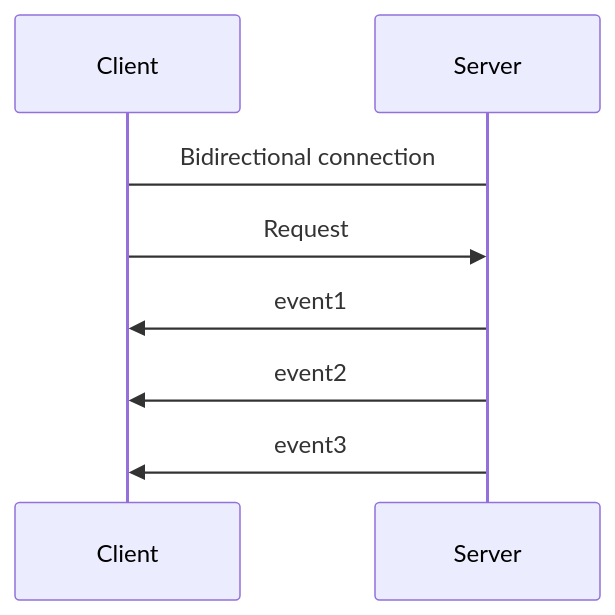
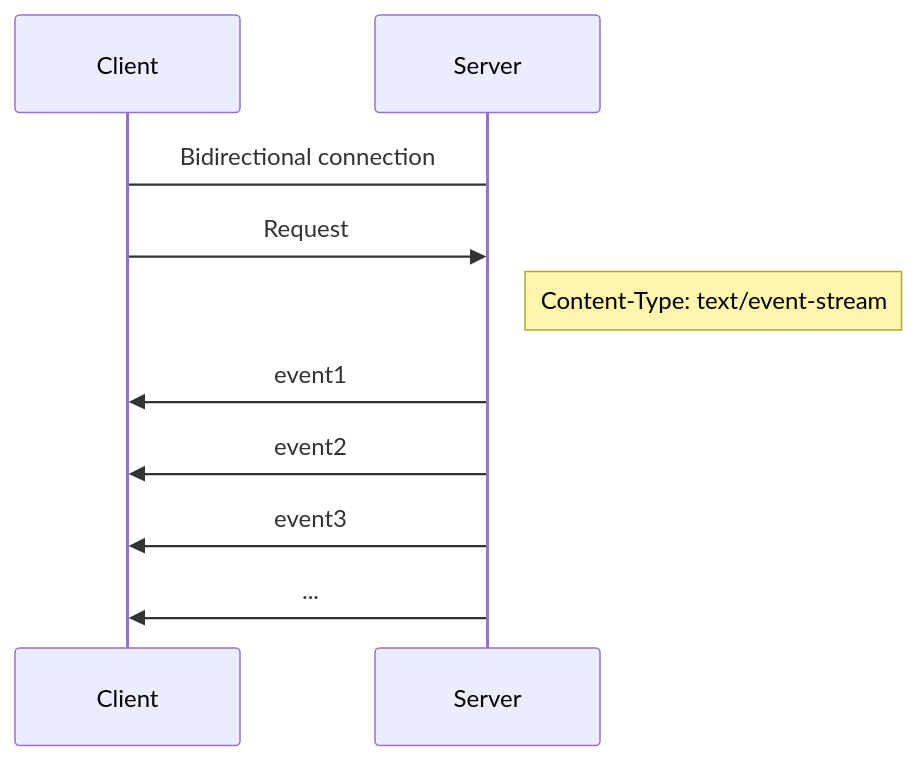
The diagram in Section02_06_Server_Sent_Event.md (yhames/backend-study), drawn with Mermaid before and after one commit. The commit also changed other lines of this file and 9 other files, not shown here.

````diff
--- a/Section02_06_Server_Sent_Event.md
+++ b/Section02_06_Server_Sent_Event.md
@@ -15,10 +15,12 @@
 ```mermaid
 sequenceDiagram
   participant Client
   participant Server
   Client->Server: Bidirectional connection
   Client->>Server: Request
+  Note right of Server: Content-Type: text/event-stream
   Server->>Client: event1
   Server->>Client: event2
   Server->>Client: event3
+  Server->>Client: ...
 ```
````
